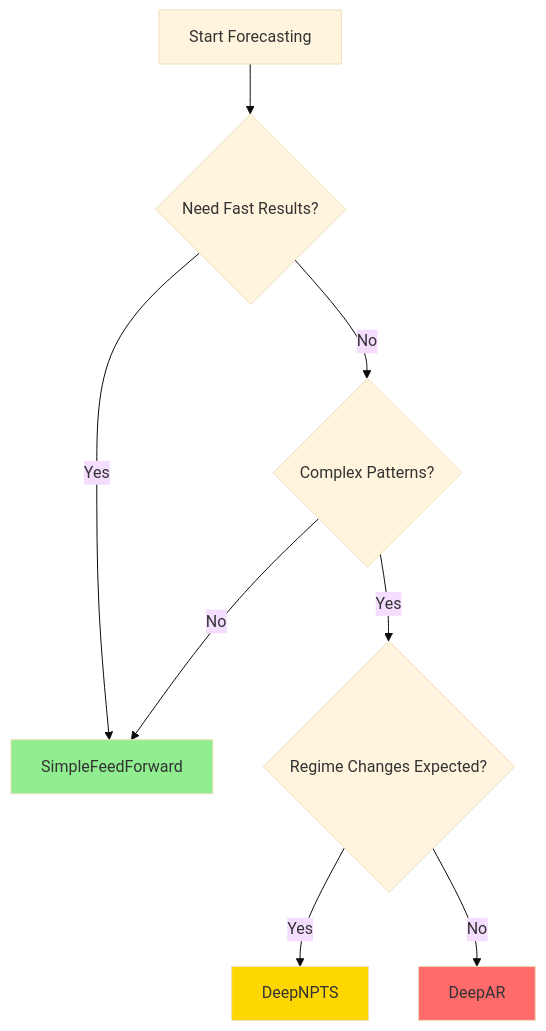
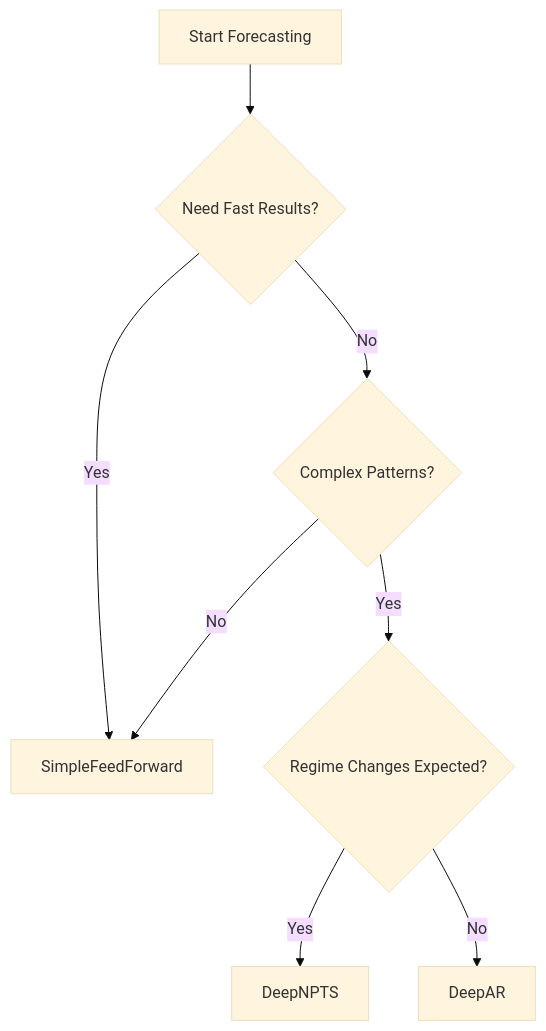
The fourth of 4 diagrams in tutorials/blog_GluonTS.md (gpsaggese-org/umd_classes), drawn with Mermaid (base theme) before and after one commit. The commit also changed other lines of this file, not shown here.

````diff
--- a/tutorials/blog_GluonTS.md
+++ b/tutorials/blog_GluonTS.md
@@ -297,14 +202,11 @@
 ```mermaid
 flowchart TD
     A[Start Forecasting] --> B{Need Fast Results?}
     B -->|Yes| C[SimpleFeedForward]
     B -->|No| D{Complex Patterns?}
     D -->|Yes| E{Regime Changes Expected?}
     E -->|Yes| F[DeepNPTS]
     E -->|No| G[DeepAR]
     D -->|No| C
     
-    style C fill:#90ee90
-    style F fill:#ffd700
-    style G fill:#ff6b6b
 ```
````
